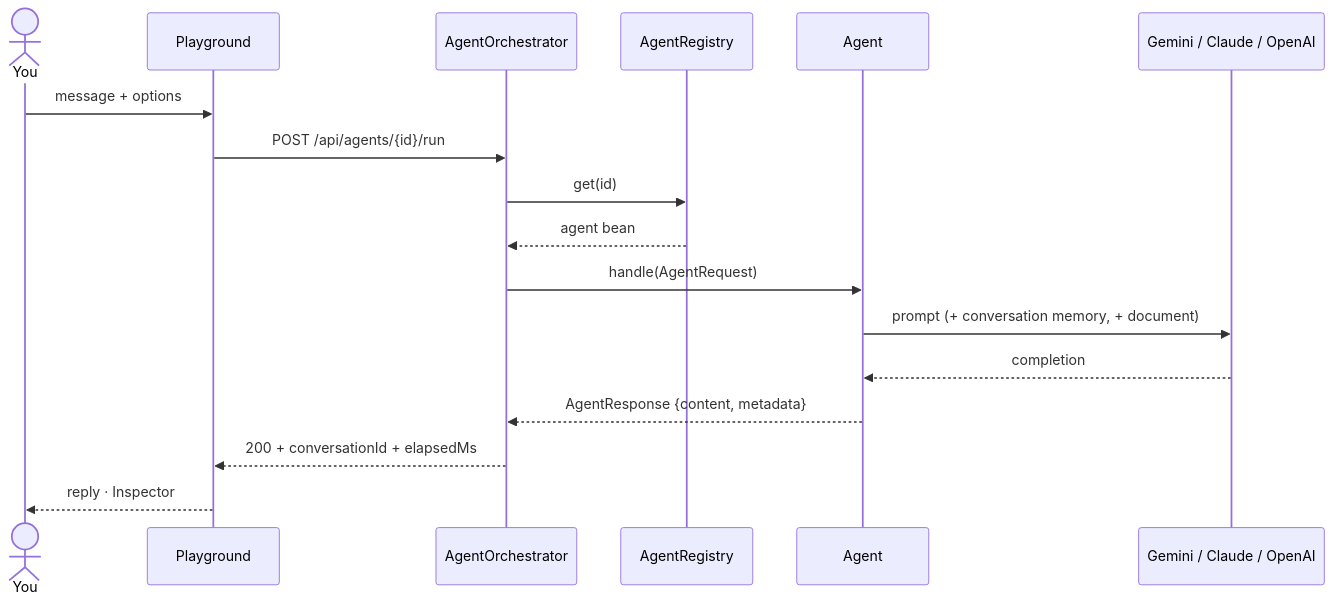
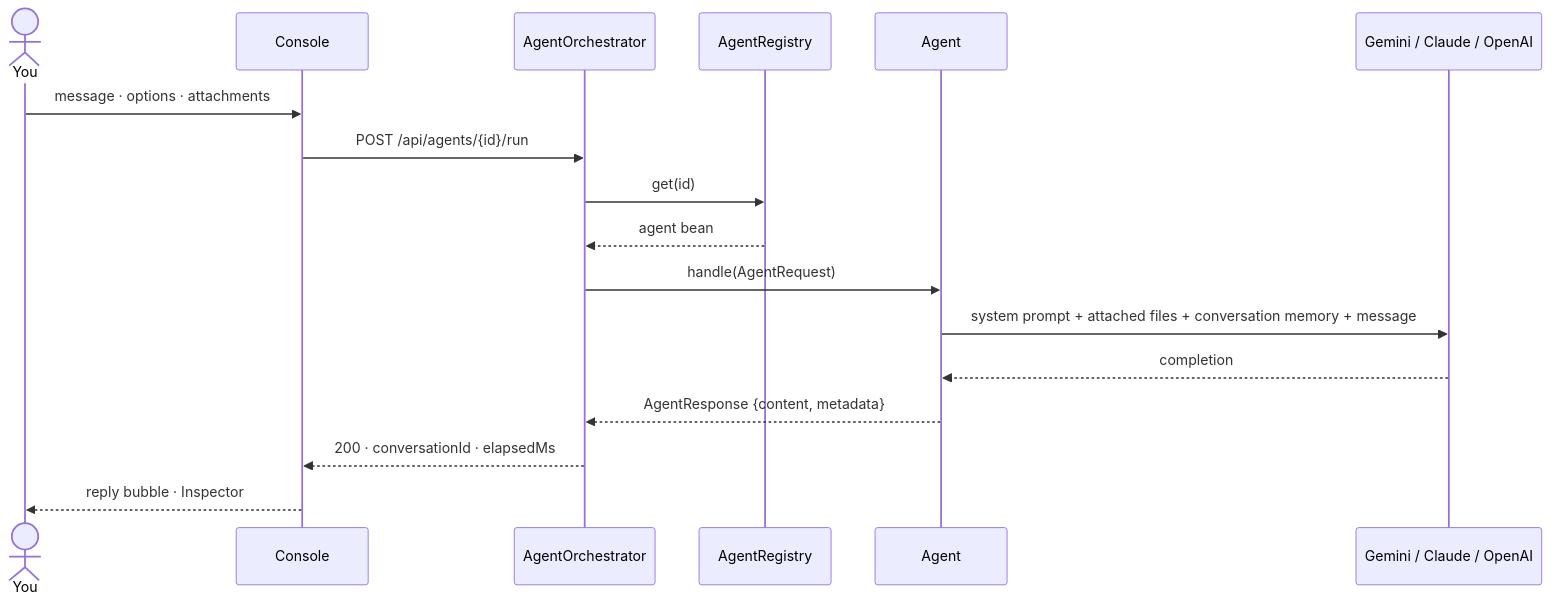
Before and after one commit to anurag-joshi-1403/Multi-Agent-AI-Platform: the diagram in README.md, drawn with Mermaid. The commit also changed other lines of this file, not shown here.

````diff
--- a/README.md
+++ b/README.md
@@ -71,19 +193,19 @@
 ```mermaid
 sequenceDiagram
     actor U as You
-    participant UI as Playground
+    participant UI as Console
     participant O as AgentOrchestrator
     participant R as AgentRegistry
     participant A as Agent
     participant M as Gemini / Claude / OpenAI
-    U->>UI: message + options
+    U->>UI: message · options · attachments
     UI->>O: POST /api/agents/{id}/run
     O->>R: get(id)
     R-->>O: agent bean
     O->>A: handle(AgentRequest)
-    A->>M: prompt (+ conversation memory, + document)
+    A->>M: system prompt + attached files + conversation memory + message
     M-->>A: completion
     A-->>O: AgentResponse {content, metadata}
-    O-->>UI: 200 + conversationId + elapsedMs
-    UI-->>U: reply · Inspector
+    O-->>UI: 200 · conversationId · elapsedMs
+    UI-->>U: reply bubble · Inspector
 ```
````
